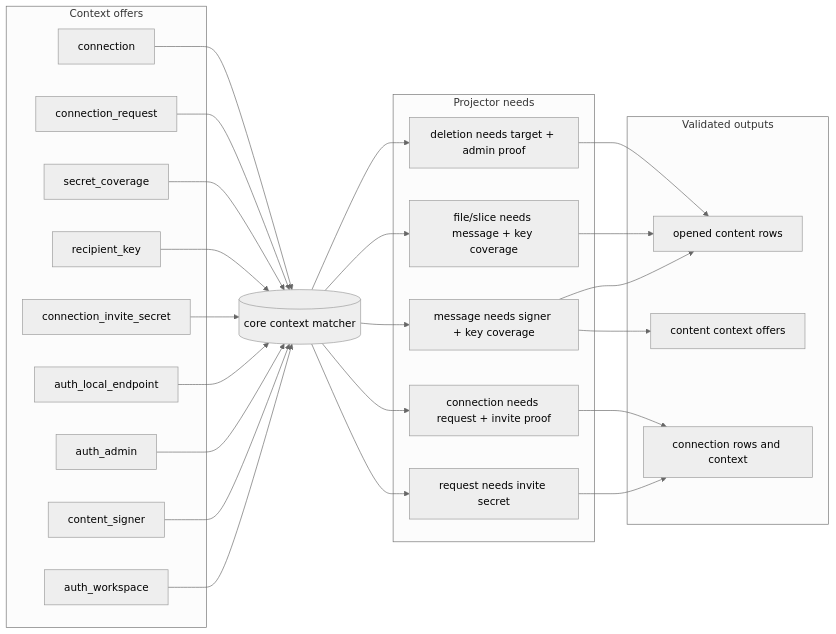
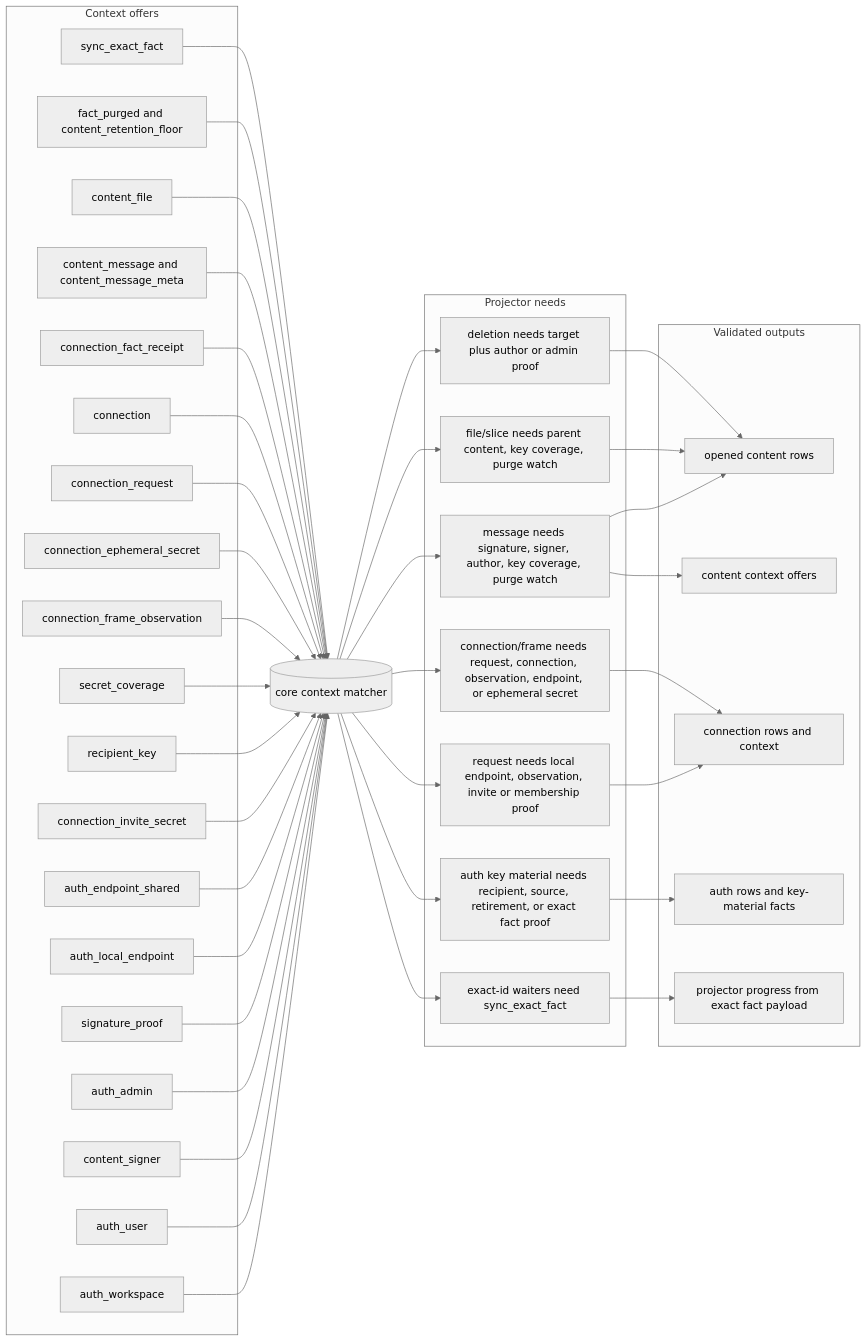
Before and after one commit to holmesworcester/poc-10: the third of 6 diagrams in ARCHITECTURE_DIAGRAMS.md, drawn with Mermaid (neutral theme). The commit also changed other lines of this file and 2 other files, not shown here.

````diff
--- a/ARCHITECTURE_DIAGRAMS.md
+++ b/ARCHITECTURE_DIAGRAMS.md
@@ -95,53 +101,81 @@
 ```mermaid
 flowchart LR
     subgraph OFFERS["Context offers"]
       AUTH_WS["auth_workspace"]
+      AUTH_USER["auth_user"]
       AUTH_SIGNER["content_signer"]
       AUTH_ADMIN["auth_admin"]
+      SIGNATURE["signature_proof"]
       AUTH_ENDPOINT["auth_local_endpoint"]
+      ENDPOINT_SHARED["auth_endpoint_shared"]
       INVITE_SECRET["connection_invite_secret"]
       RECIPIENT["recipient_key"]
       COVERAGE["secret_coverage"]
+      OBSERVATION["connection_frame_observation"]
+      EPHEMERAL["connection_ephemeral_secret"]
       CONN_REQUEST["connection_request"]
       CONN["connection"]
+      CONN_RECEIPT["connection_fact_receipt"]
+      CONTENT_MSG["content_message and content_message_meta"]
+      CONTENT_FILE["content_file"]
+      PURGE["fact_purged and content_retention_floor"]
+      SYNC_EXACT["sync_exact_fact"]
     end
 
     CONTEXT[("core context matcher")]
 
     subgraph NEEDS["Projector needs"]
-      MSG_NEEDS["message needs signer + key coverage"]
-      FILE_NEEDS["file/slice needs message + key coverage"]
-      DELETE_NEEDS["deletion needs target + admin proof"]
-      REQUEST_NEEDS["request needs invite secret"]
-      CONNECTION_NEEDS["connection needs request + invite proof"]
+      MSG_NEEDS["message needs signature, signer, author, key coverage, purge watch"]
+      FILE_NEEDS["file/slice needs parent content, key coverage, purge watch"]
+      DELETE_NEEDS["deletion needs target plus author or admin proof"]
+      REQUEST_NEEDS["request needs local endpoint, observation, invite or membership proof"]
+      CONNECTION_NEEDS["connection/frame needs request, connection, observation, endpoint, or ephemeral secret"]
+      AUTH_KEY_NEEDS["auth key material needs recipient, source, retirement, or exact fact proof"]
+      EXACT_NEEDS["exact-id waiters need sync_exact_fact"]
     end
 
     subgraph OUTPUTS["Validated outputs"]
       OPENED["opened content rows"]
       CONTENT_CONTEXT["content context offers"]
       CONNECTION_ROWS["connection rows and context"]
+      AUTH_ROWS["auth rows and key-material facts"]
+      EXACT_PROGRESS["projector progress from exact fact payload"]
     end
 
     AUTH_WS --> CONTEXT
+    AUTH_USER --> CONTEXT
     AUTH_SIGNER --> CONTEXT
     AUTH_ADMIN --> CONTEXT
+    SIGNATURE --> CONTEXT
     AUTH_ENDPOINT --> CONTEXT
+    ENDPOINT_SHARED --> CONTEXT
     INVITE_SECRET --> CONTEXT
     RECIPIENT --> CONTEXT
     COVERAGE --> CONTEXT
+    OBSERVATION --> CONTEXT
+    EPHEMERAL --> CONTEXT
     CONN_REQUEST --> CONTEXT
     CONN --> CONTEXT
+    CONN_RECEIPT --> CONTEXT
+    CONTENT_MSG --> CONTEXT
+    CONTENT_FILE --> CONTEXT
+    PURGE --> CONTEXT
+    SYNC_EXACT --> CONTEXT
 
     CONTEXT --> MSG_NEEDS
     CONTEXT --> FILE_NEEDS
     CONTEXT --> DELETE_NEEDS
     CONTEXT --> REQUEST_NEEDS
     CONTEXT --> CONNECTION_NEEDS
+    CONTEXT --> AUTH_KEY_NEEDS
+    CONTEXT --> EXACT_NEEDS
 
     MSG_NEEDS --> OPENED
     MSG_NEEDS --> CONTENT_CONTEXT
     FILE_NEEDS --> OPENED
     DELETE_NEEDS --> OPENED
     REQUEST_NEEDS --> CONNECTION_ROWS
     CONNECTION_NEEDS --> CONNECTION_ROWS
+    AUTH_KEY_NEEDS --> AUTH_ROWS
+    EXACT_NEEDS --> EXACT_PROGRESS
 ```
````
